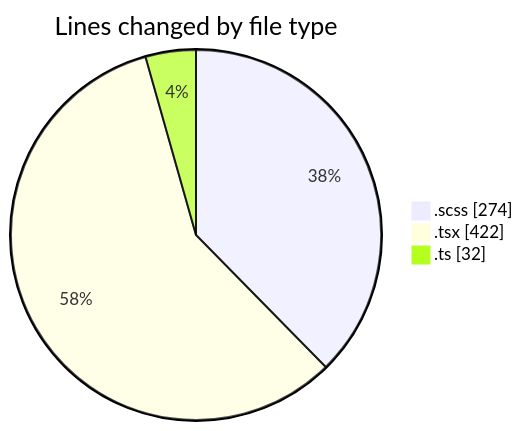
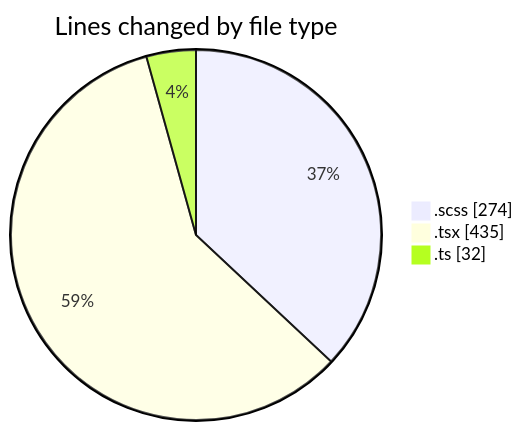
One commit to momahboobian/code-tracking changed the first of 2 diagrams in 2025-03-04/cda/README.md. Above: the diagram before and after it, drawn with Mermaid. The commit also changed other lines of this file and 1 other file, not shown here.

````diff
--- a/2025-03-04/cda/README.md
+++ b/2025-03-04/cda/README.md
@@ -25,7 +25,7 @@
 ```mermaid
 pie showData
 title Lines changed by file type
 ".scss" : 274
-".tsx" : 422
+".tsx" : 435
 ".ts" : 32
 ```
````
